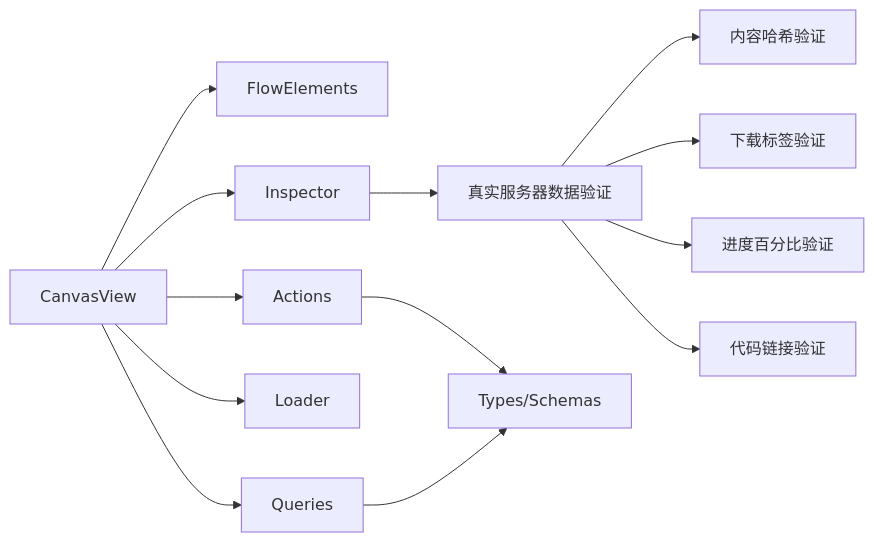
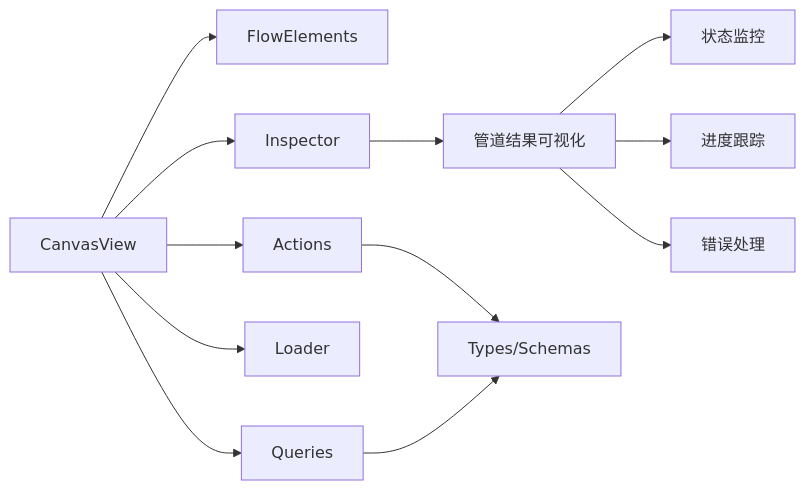
Before and after one commit to AIMFllyYS/code-video-canvas: the third of 3 diagrams in .qoder/repowiki/zh/content/核心功能模块/画布编辑器/画布主视图.md, drawn with Mermaid. The commit also changed other lines of this file and 44 other files, not shown here.

````diff
--- a/.qoder/repowiki/zh/content/核心功能模块/画布编辑器/画布主视图.md
+++ b/.qoder/repowiki/zh/content/核心功能模块/画布编辑器/画布主视图.md
@@ -217,15 +221,14 @@
 ```mermaid
 graph LR
 CV["CanvasView"] --> FE["FlowElements"]
 CV --> ACT["Actions"]
 CV --> QRY["Queries"]
 CV --> LDR["Loader"]
 CV --> INS["Inspector"]
-INS --> DATA["真实服务器数据验证"]
-DATA --> HASH["内容哈希验证"]
-DATA --> TAGS["下载标签验证"]
-DATA --> PROGRESS["进度百分比验证"]
-DATA --> LINKS["代码链接验证"]
+INS --> PIPE["管道结果可视化"]
+PIPE --> STATUS["状态监控"]
+PIPE --> PROGRESS["进度跟踪"]
+PIPE --> ERRORS["错误处理"]
 ACT --> TYP["Types/Schemas"]
 QRY --> TYP
 ```
````
